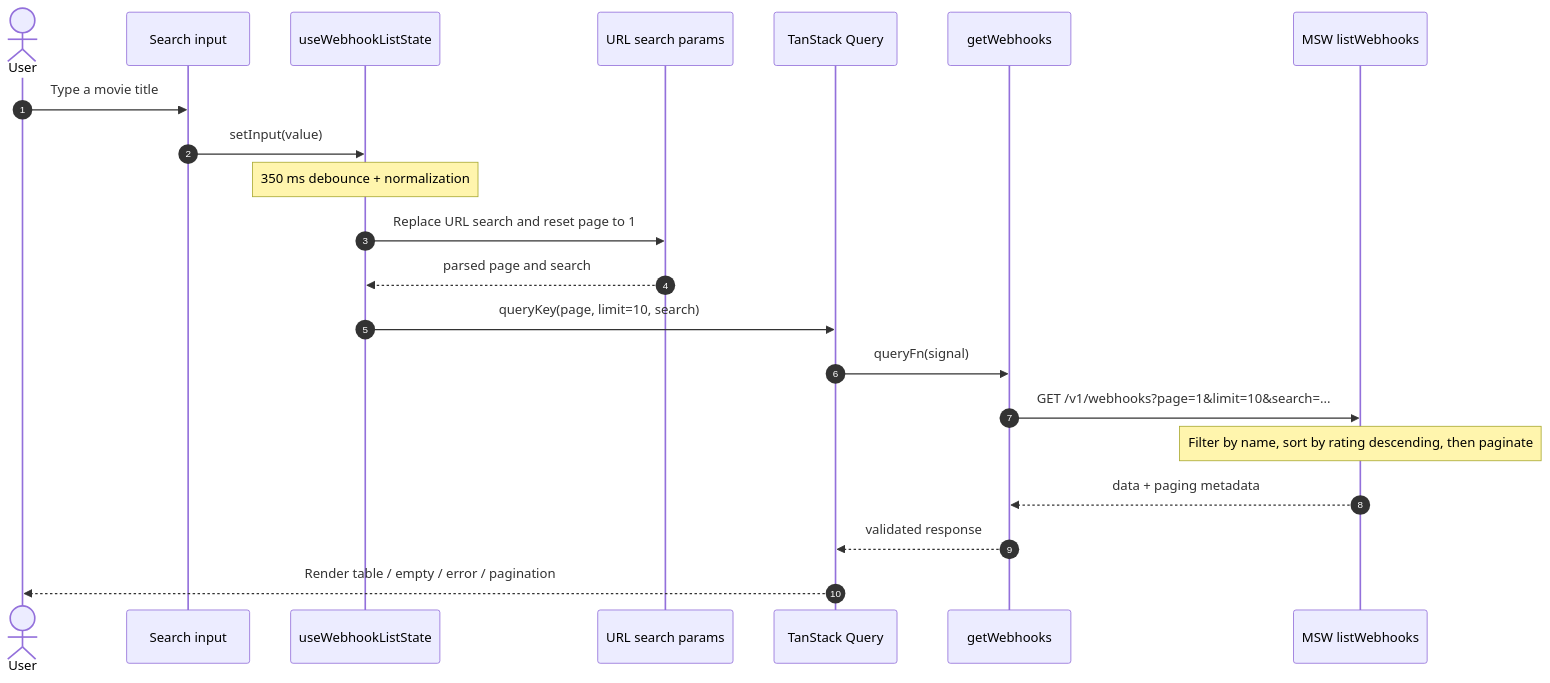
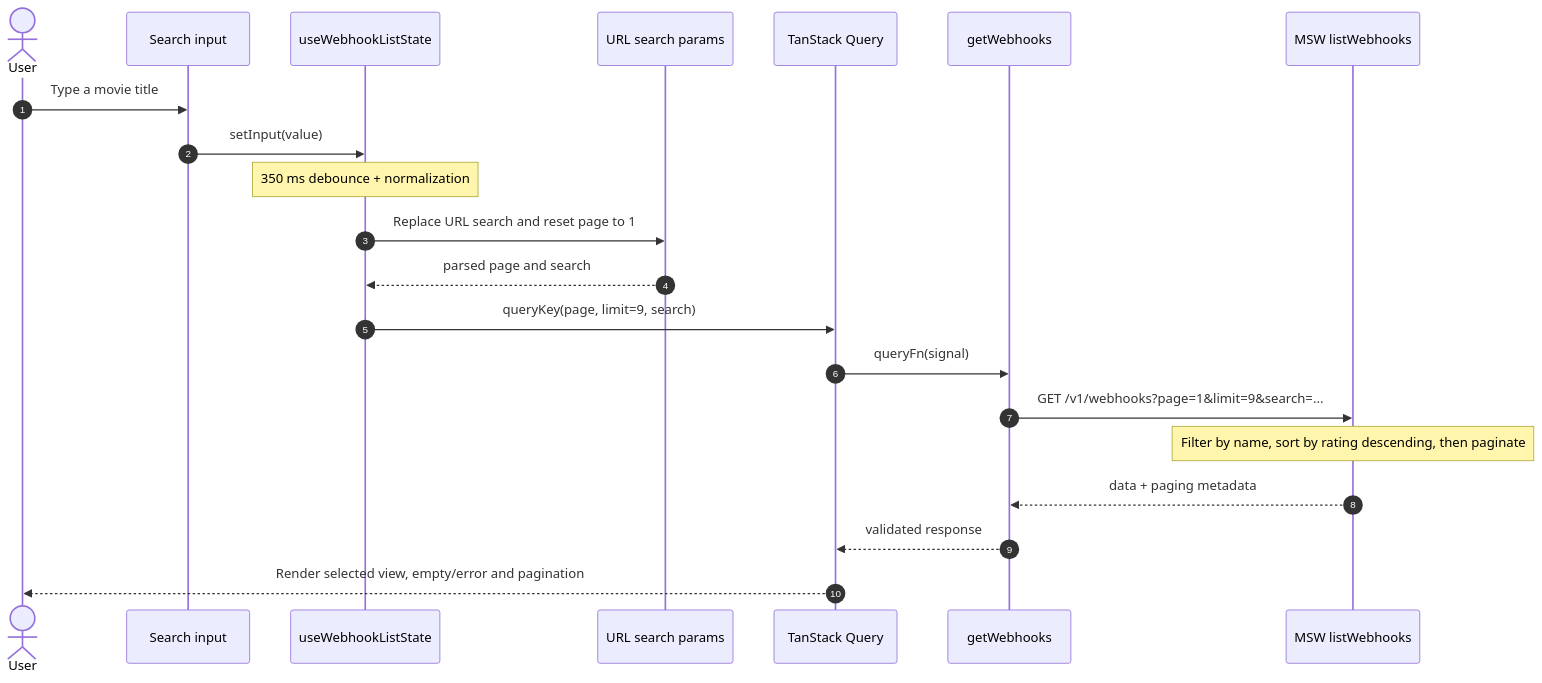
One commit to ruslan-chmyr/webhook-catalog changed the second of 9 diagrams in docs/solution-design.md. Above: the diagram before and after it, drawn with Mermaid. The commit also changed other lines of this file, not shown here.

````diff
--- a/docs/solution-design.md
+++ b/docs/solution-design.md
@@ -100,23 +116,23 @@
 ```mermaid
 sequenceDiagram
   autonumber
   actor User
   participant Search as Search input
   participant State as useWebhookListState
   participant Router as URL search params
   participant Query as TanStack Query
   participant API as getWebhooks
   participant MSW as MSW listWebhooks
   User->>Search: Type a movie title
   Search->>State: setInput(value)
   Note over State: 350 ms debounce + normalization
   State->>Router: Replace URL search and reset page to 1
   Router-->>State: parsed page and search
-  State->>Query: queryKey(page, limit=10, search)
+  State->>Query: queryKey(page, limit=9, search)
   Query->>API: queryFn(signal)
-  API->>MSW: GET /v1/webhooks?page=1&limit=10&search=...
+  API->>MSW: GET /v1/webhooks?page=1&limit=9&search=...
   Note over MSW: Filter by name, sort by rating descending, then paginate
   MSW-->>API: data + paging metadata
   API-->>Query: validated response
-  Query-->>User: Render table / empty / error / pagination
+  Query-->>User: Render selected view, empty/error and pagination
 ```
````
